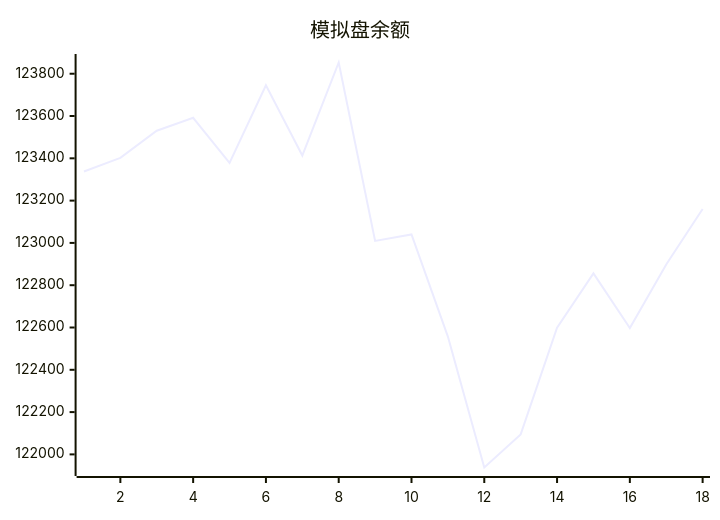
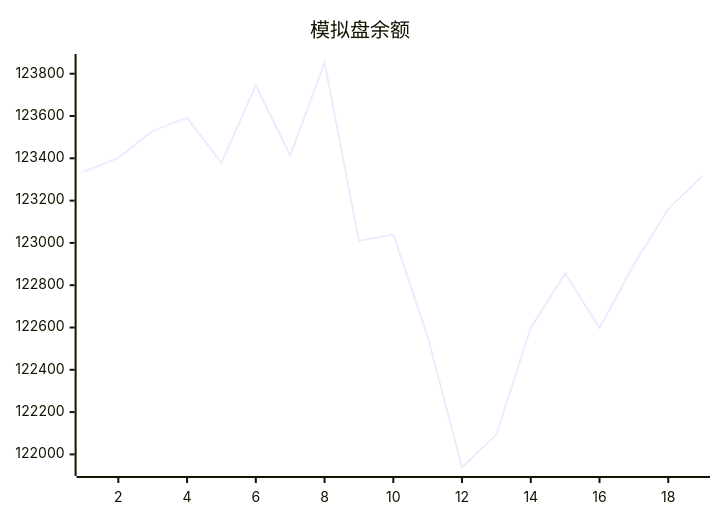
Before and after one commit to aahl/mcp-aktools: the diagram in trading/README.md, drawn with Mermaid. The commit also changed 1 other file, not shown here.

Commit message:
📈 AkTools MCP Server

````diff
--- a/trading/README.md
+++ b/trading/README.md
@@ -3,5 +3,5 @@
 ```mermaid
 xychart
     title "模拟盘余额"
-    line [123337.9,123402.4,123530.3,123591.6,123377.9,123745.3,123413.3,123853.1,123009.4,123039.8,122557.0,121938.0,122094.6,122599.0,122856.1,122597.3,122898.1,123160.2]
+    line [123337.9,123402.4,123530.3,123591.6,123377.9,123745.3,123413.3,123853.1,123009.4,123039.8,122557.0,121938.0,122094.6,122599.0,122856.1,122597.3,122898.1,123160.2,123318.8]
 ```
````
